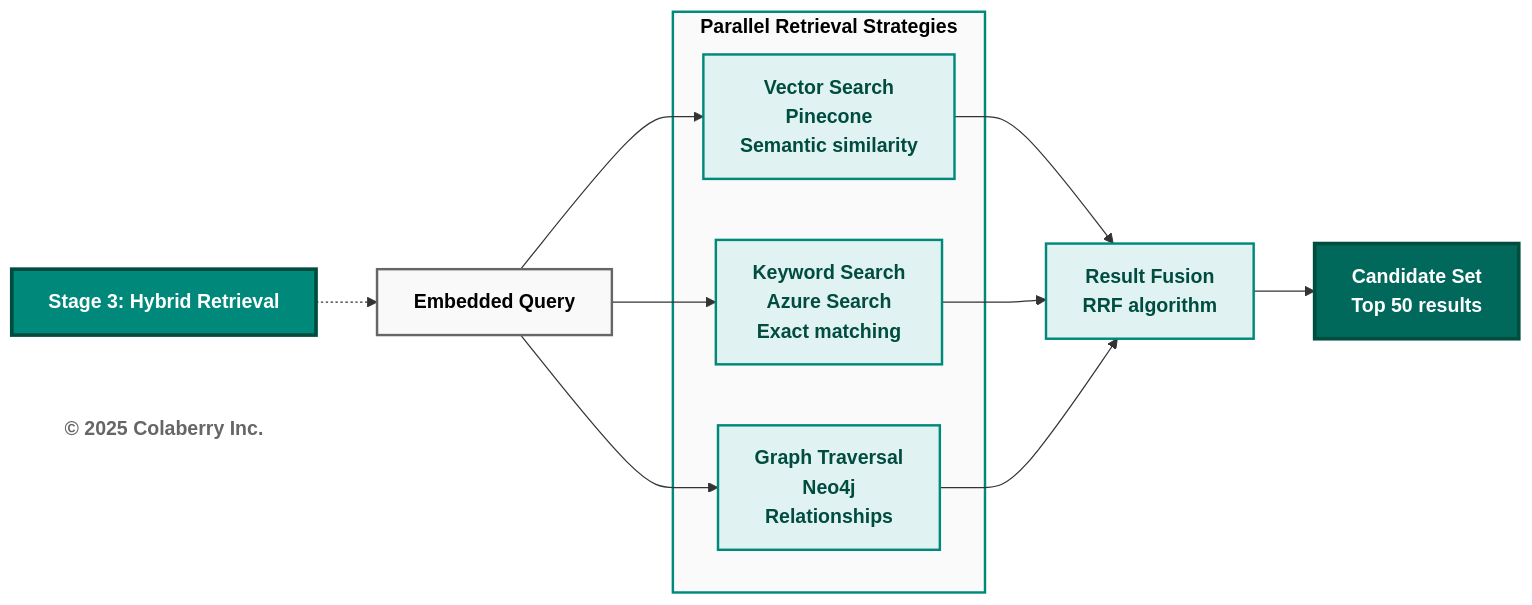
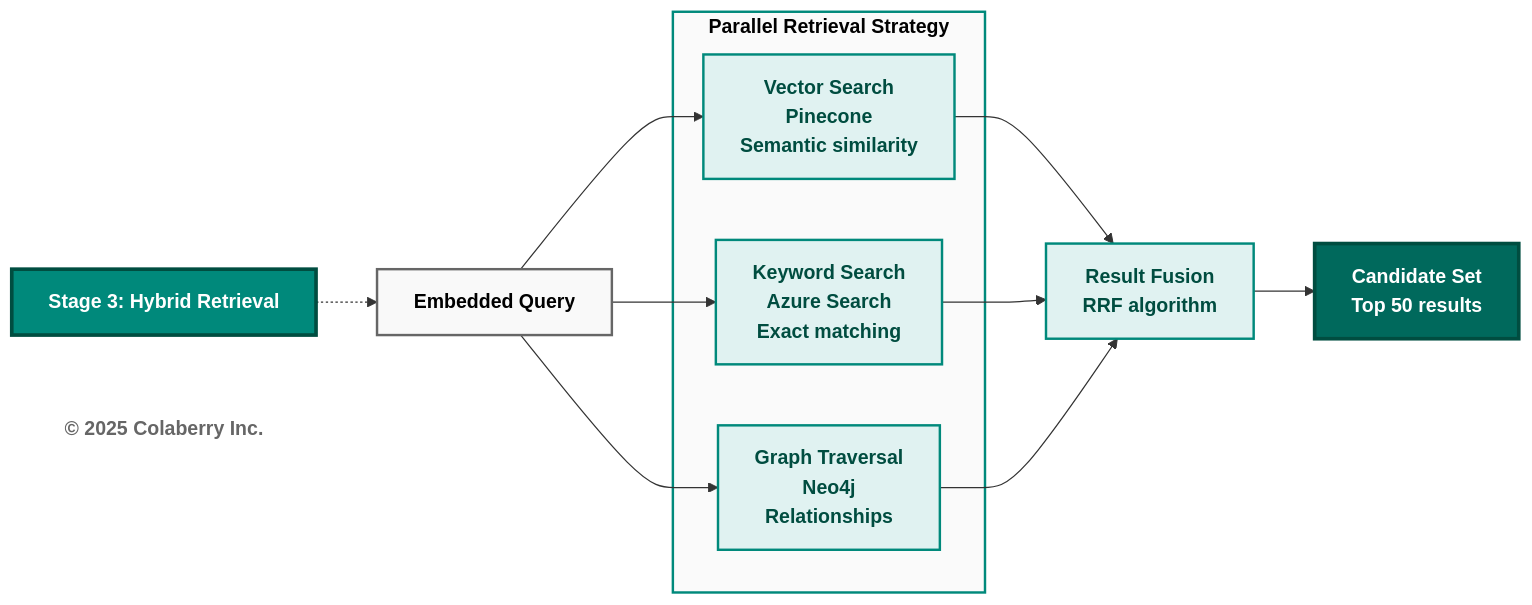
One commit to colaberry/trust-before-intelligence-book changed the eighth of 13 diagrams in manuscript/06_chapter_5_intelligence_layers_v2_3.md. Above: the diagram before and after it, drawn with Mermaid. The commit also changed other lines of this file, not shown here.

First line of the commit message:
Fixing diagrams

````diff
--- a/manuscript/06_chapter_5_intelligence_layers_v2_3.md
+++ b/manuscript/06_chapter_5_intelligence_layers_v2_3.md
@@ -653,37 +653,37 @@
 ```mermaid
 graph LR
     TITLE["<b>Stage 3: Hybrid Retrieval</b>"]
     
     Q["<b>Embedded Query</b>"]
     
-    subgraph parallel["<b>Parallel Retrieval Strategies</b>"]
+    subgraph parallel["<b>Parallel Retrieval Strategy</b>"]
         VEC["<b>Vector Search</b><br/><b>Pinecone</b><br/><b>Semantic similarity</b>"]
         KEY["<b>Keyword Search</b><br/><b>Azure Search</b><br/><b>Exact matching</b>"]
         GRAPH["<b>Graph Traversal</b><br/><b>Neo4j</b><br/><b>Relationships</b>"]
     end
     
     MERGE["<b>Result Fusion</b><br/><b>RRF algorithm</b>"]
     
     OUT["<b>Candidate Set</b><br/><b>Top 50 results</b>"]
     
     TITLE -.-> Q
     Q --> VEC
     Q --> KEY
     Q --> GRAPH
     VEC --> MERGE
     KEY --> MERGE
     GRAPH --> MERGE
     MERGE --> OUT
     
     Copyright["<b>© 2025 Colaberry Inc.</b>"]
     
     style TITLE fill:#00897b,color:#ffffff,stroke:#004d40,stroke-width:3px
     style Q fill:#f9f9f9,stroke:#666666,stroke-width:2px,color:#000000
     style parallel fill:#fafafa,stroke:#00897b,stroke-width:2px,color:#000000
     style VEC fill:#e0f2f1,stroke:#00897b,stroke-width:2px,color:#004d40
     style KEY fill:#e0f2f1,stroke:#00897b,stroke-width:2px,color:#004d40
     style GRAPH fill:#e0f2f1,stroke:#00897b,stroke-width:2px,color:#004d40
     style MERGE fill:#e0f2f1,stroke:#00897b,stroke-width:2px,color:#004d40
     style OUT fill:#00695c,color:#ffffff,stroke:#004d40,stroke-width:3px
     style Copyright fill:#ffffff,stroke:none,color:#666666
 ```
````
